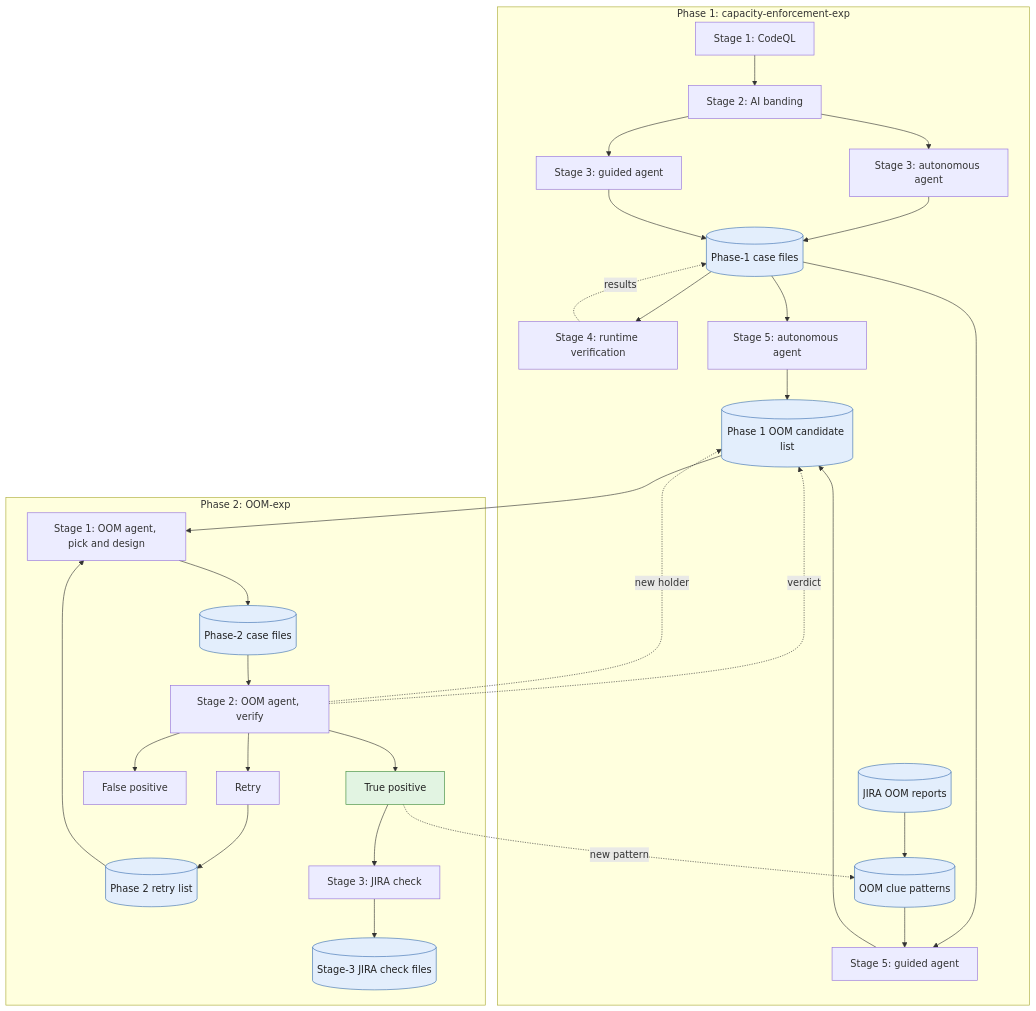
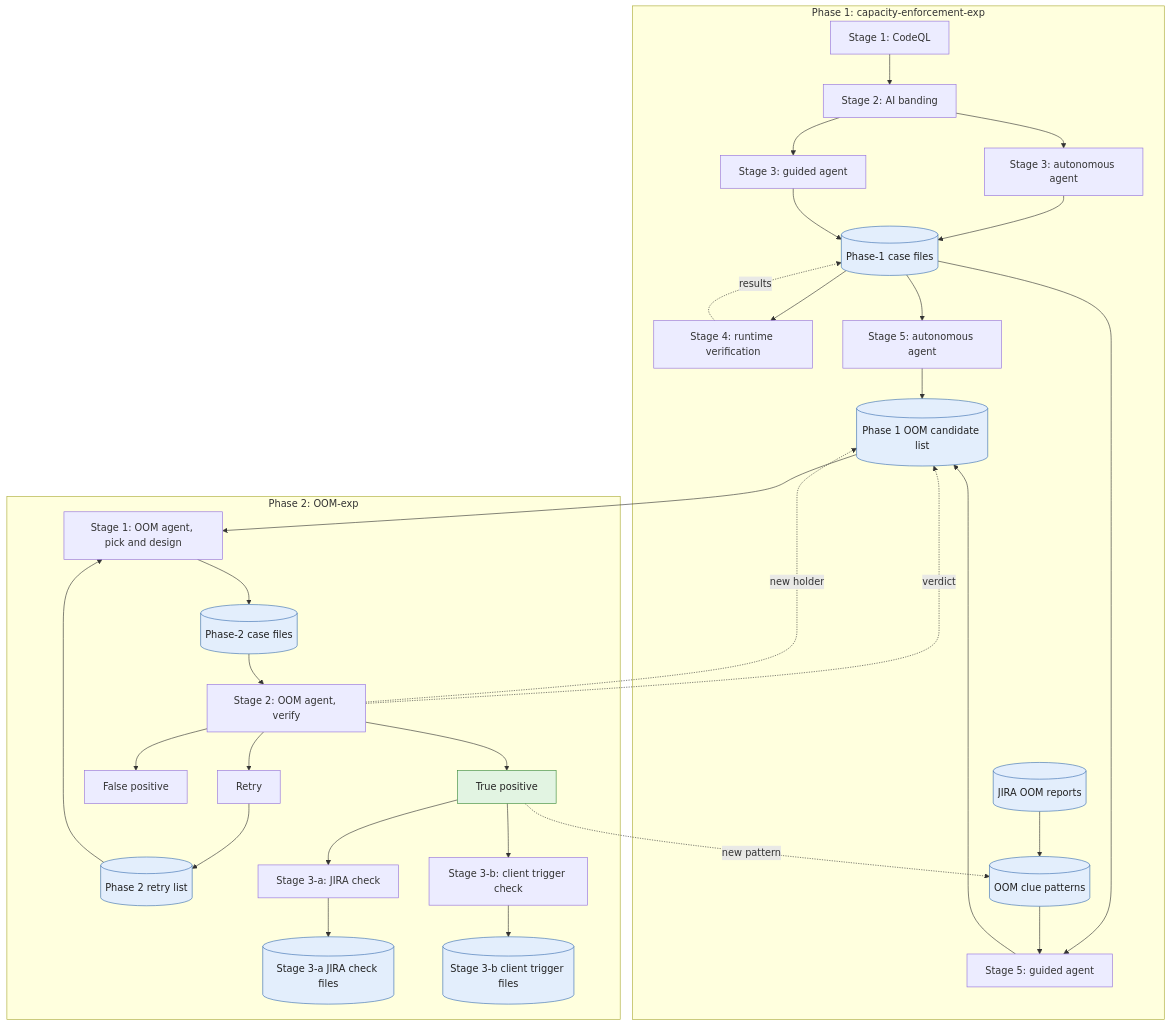
The diagram in experiments/FLOWCHART.md (MengJingsong/Misconfiguration), drawn with Mermaid before and after one commit. The commit also changed other lines of this file and 4 other files, not shown here.

First line of the commit message:
OOM-exp stage 3 split: 3-a JIRA check, new 3-b client trigger check

````diff
--- a/experiments/FLOWCHART.md
+++ b/experiments/FLOWCHART.md
@@ -69,62 +71,66 @@
 ```mermaid
 flowchart TD
   classDef store fill:#e3eefc,stroke:#3a6fb0,color:#222
   classDef verdict fill:#e2f4e2,stroke:#3a8a3a,color:#222
 
   subgraph P1["Phase 1: capacity-enforcement-exp"]
     S1["Stage 1: CodeQL"]
     S2["Stage 2: AI banding"]
     S3A["Stage 3: autonomous agent"]
     S3G["Stage 3: guided agent"]
     CF[("Phase-1 case files")]
     S4["Stage 4: runtime verification"]
     JR[("JIRA OOM reports")]
     CPAT[("OOM clue patterns")]
     S5A["Stage 5: autonomous agent"]
     S5G["Stage 5: guided agent"]
     CL[("Phase 1 OOM candidate list")]
   end
 
   subgraph P2["Phase 2: OOM-exp"]
     RL[("Phase 2 retry list")]
     O1["Stage 1: OOM agent, pick and design"]
     CASE[("Phase-2 case files")]
     O2["Stage 2: OOM agent, verify"]
     TP["True positive"]
     FP["False positive"]
     RT["Retry"]
-    O3["Stage 3: JIRA check"]
-    JC[("Stage-3 JIRA check files")]
+    O3["Stage 3-a: JIRA check"]
+    JC[("Stage 3-a JIRA check files")]
+    O3B["Stage 3-b: client trigger check"]
+    CT[("Stage 3-b client trigger files")]
   end
 
   S1 --> S2
   S2 --> S3A
   S2 --> S3G
   S3A --> CF
   S3G --> CF
   CF --> S4
   S4 -.->|results| CF
   JR --> CPAT
   CF --> S5A
   CF --> S5G
   CPAT --> S5G
   S5A --> CL
   S5G --> CL
 
   CL --> O1
   RL --> O1
   O1 --> CASE
   CASE --> O2
   O2 --> TP
   O2 --> FP
   O2 --> RT
   RT --> RL
   O2 -.->|verdict| CL
   O2 -.->|new holder| CL
   TP -.->|new pattern| CPAT
   TP --> O3
   O3 --> JC
+  TP --> O3B
+  O3B --> CT
 
-  class CF,JR,CPAT,CL,RL,CASE,JC store
+  class CF,JR,CPAT,CL,RL,CASE,JC,CT store
   class TP verdict
 ```
````
